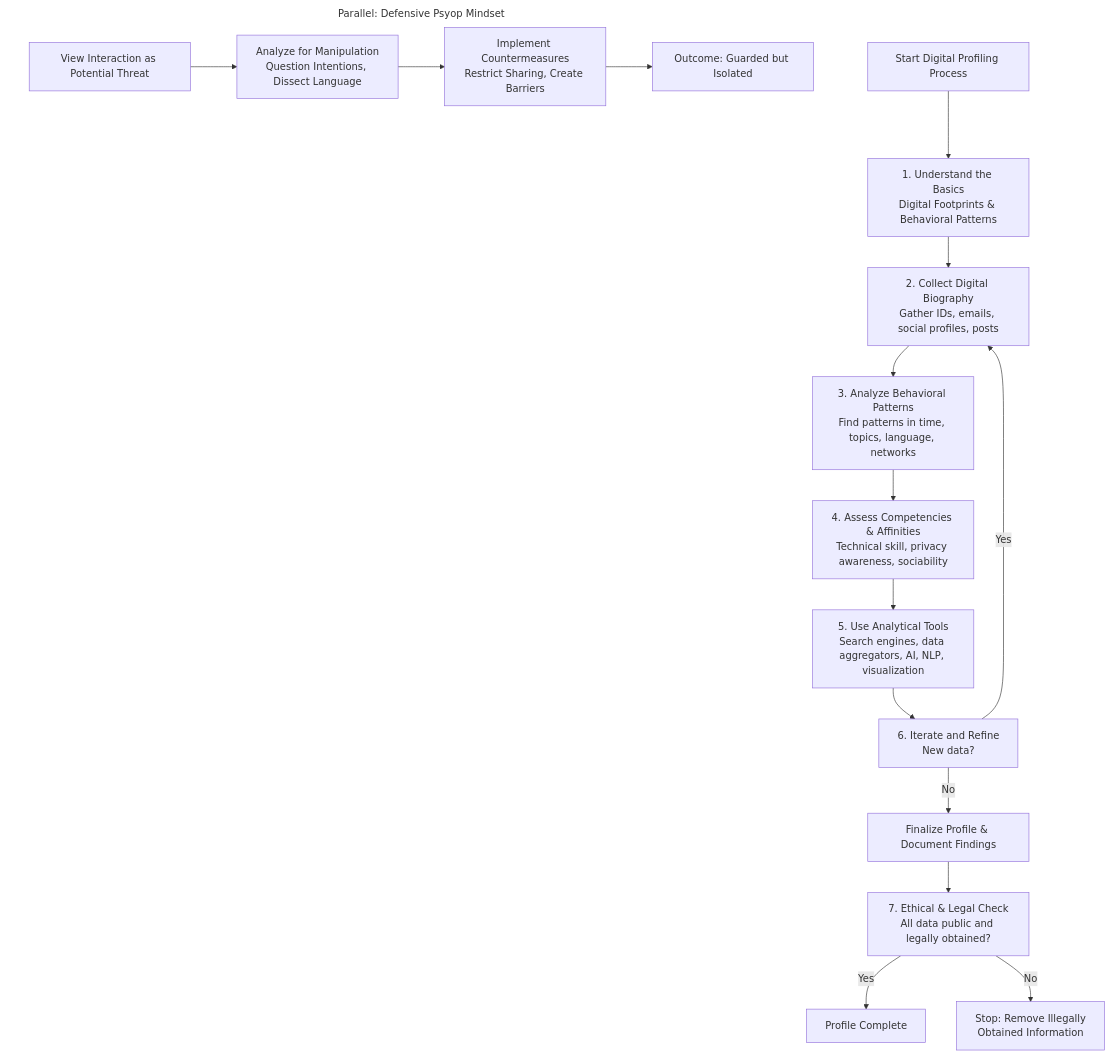
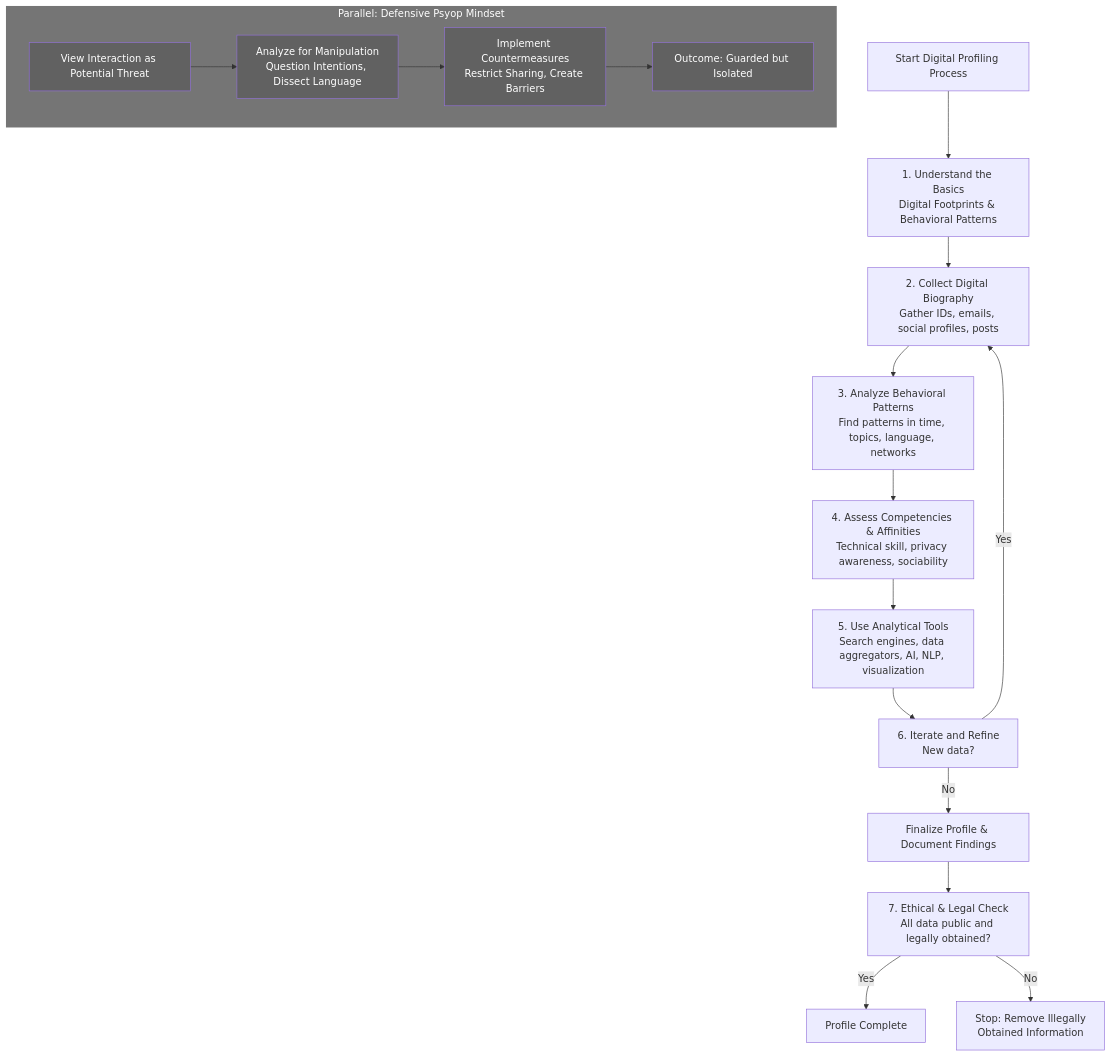
One commit to airborne-commando/OPSEC-OSINT-Tools changed the diagram in markdown/mermaid-data/digital-profiling.md. Above: the diagram before and after it, drawn with Mermaid. The commit also changed 11 other files, not shown here.

````diff
--- a/markdown/mermaid-data/digital-profiling.md
+++ b/markdown/mermaid-data/digital-profiling.md
@@ -1,25 +1,29 @@
 ```mermaid
-flowchart TD
+flowchart TB
  subgraph DefensiveMindset["Parallel: Defensive Psyop Mindset"]
         M["Analyze for Manipulation<br>Question Intentions, Dissect Language"]
         L["View Interaction as Potential Threat"]
         N["Implement Countermeasures<br>Restrict Sharing, Create Barriers"]
         O["Outcome: Guarded but Isolated"]
   end
     A["Start Digital Profiling Process"] --> B["1. Understand the Basics<br>Digital Footprints &amp; Behavioral Patterns"]
     B --> C["2. Collect Digital Biography<br>Gather IDs, emails, social profiles, posts"]
     C --> D["3. Analyze Behavioral Patterns<br>Find patterns in time, topics, language, networks"]
     D --> E["4. Assess Competencies &amp; Affinities<br>Technical skill, privacy awareness, sociability"]
     E --> F["5. Use Analytical Tools<br>Search engines, data aggregators, AI, NLP, visualization"]
     F --> G["6. Iterate and Refine<br>New data?"]
     G -- Yes --> C
     G -- No --> H["Finalize Profile & Document Findings"]
     H --> I["7. Ethical &amp; Legal Check<br>All data public and legally obtained?"]
     I -- Yes --> J["Profile Complete"]
     I -- No --> K["Stop: Remove Illegally<br>Obtained Information"]
     L --> M
     M --> N
     N --> O
 
-    style DefensiveMindset fill:transparent,stroke:none
+    style M fill:#616161,color:#FFFFFF
+    style L color:#FFFFFF,fill:#616161
+    style N color:#FFFFFF,fill:#616161
+    style O color:#FFFFFF,fill:#616161
+    style DefensiveMindset fill:#757575,stroke:none,color:#FFFFFF
 ```
````
